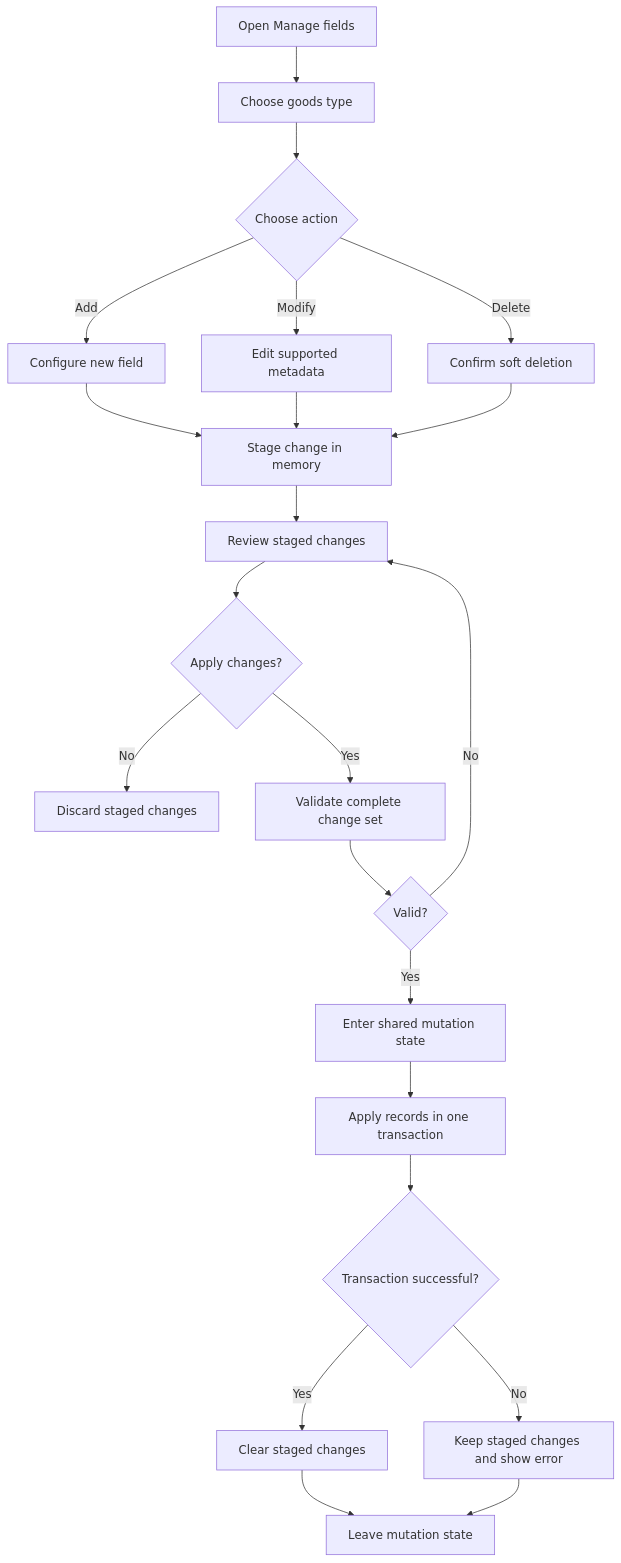
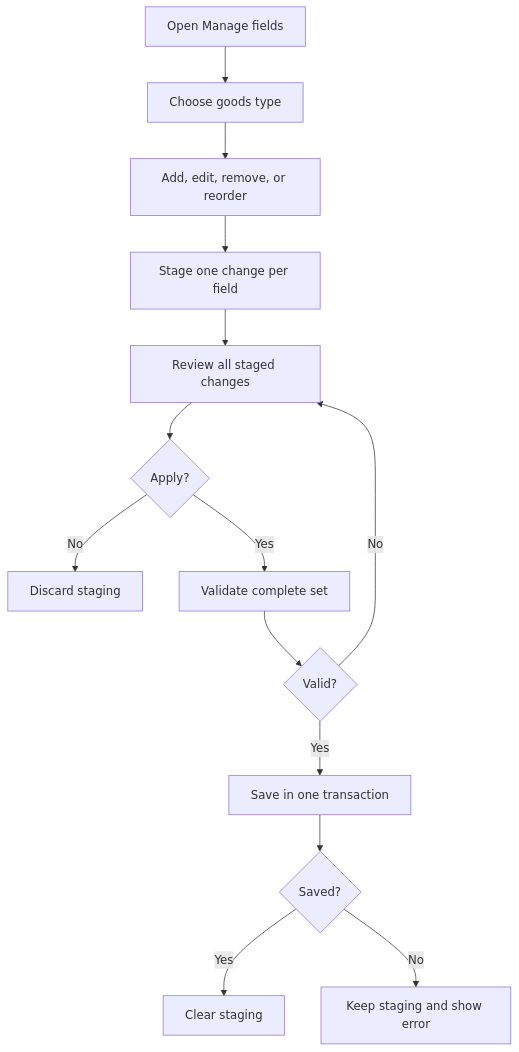
One commit to Uduru0522/oshimochi changed the second of 3 diagrams in docs/workflows.md. Above: the diagram before and after it, drawn with Mermaid. The commit also changed other lines of this file and 10 other files, not shown here.

````diff
--- a/docs/workflows.md
+++ b/docs/workflows.md
@@ -277,24 +230,16 @@
 ```mermaid
 graph TD
   A["Open Manage fields"] --> B["Choose goods type"]
-  B --> C{"Choose action"}
-  C -->|Add| D["Configure new field"]
-  C -->|Modify| E["Edit supported metadata"]
-  C -->|Delete| F["Confirm soft deletion"]
-  D --> G["Stage change in memory"]
-  E --> G
-  F --> G
-  G --> H["Review staged changes"]
-  H --> I{"Apply changes?"}
-  I -->|No| J["Discard staged changes"]
-  I -->|Yes| K["Validate complete change set"]
-  K --> L{"Valid?"}
-  L -->|No| H
-  L -->|Yes| M["Enter shared mutation state"]
-  M --> N["Apply records in one transaction"]
-  N --> O{"Transaction successful?"}
-  O -->|Yes| P["Clear staged changes"]
-  O -->|No| Q["Keep staged changes and show error"]
-  P --> R["Leave mutation state"]
-  Q --> R
+  B --> C["Add, edit, remove, or reorder"]
+  C --> D["Stage one change per field"]
+  D --> E["Review all staged changes"]
+  E --> F{"Apply?"}
+  F -->|No| G["Discard staging"]
+  F -->|Yes| H["Validate complete set"]
+  H --> I{"Valid?"}
+  I -->|No| E
+  I -->|Yes| J["Save in one transaction"]
+  J --> K{"Saved?"}
+  K -->|Yes| L["Clear staging"]
+  K -->|No| M["Keep staging and show error"]
 ```
````
